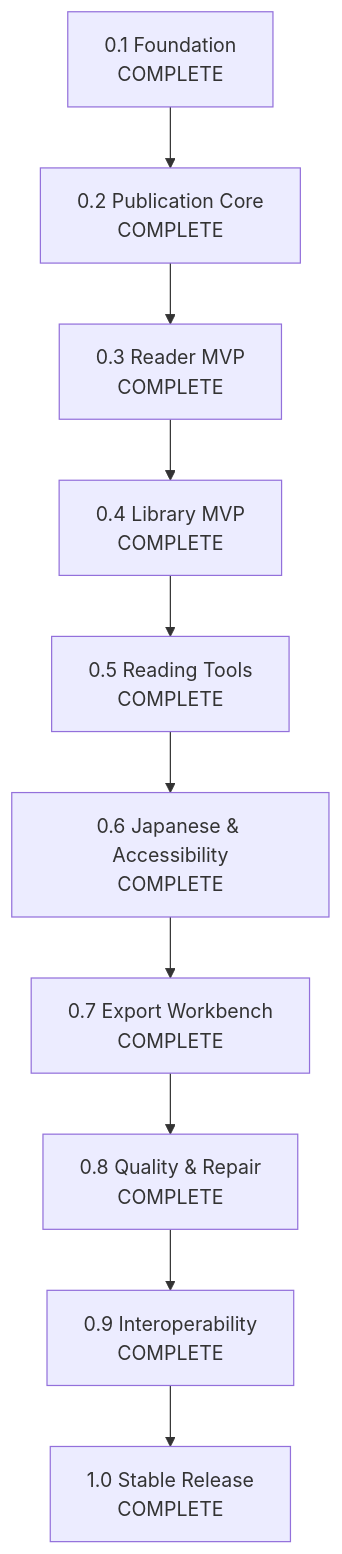
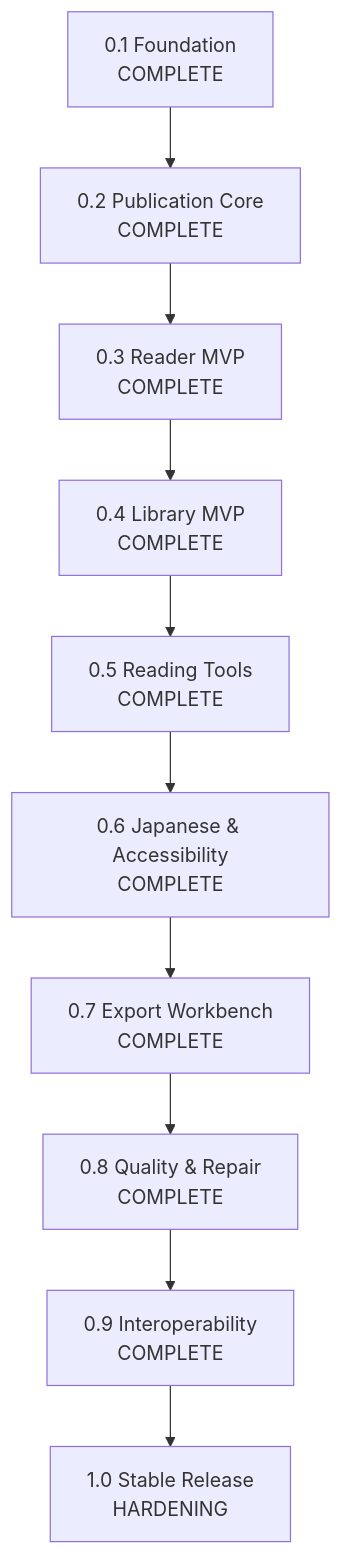
The diagram in docs/roadmap.md (bosatsu25/ReflowPress), drawn with Mermaid before and after one commit. The commit also changed other lines of this file and 1 other file, not shown here.

Commit message:
fix(roadmap): revert premature complete status in README and roadmap to hardening

````diff
--- a/docs/roadmap.md
+++ b/docs/roadmap.md
@@ -14,12 +14,12 @@
 ```mermaid
 flowchart TD
     M01[0.1 Foundation<br/>COMPLETE] --> M02[0.2 Publication Core<br/>COMPLETE]
     M02 --> M03[0.3 Reader MVP<br/>COMPLETE]
     M03 --> M04[0.4 Library MVP<br/>COMPLETE]
     M04 --> M05[0.5 Reading Tools<br/>COMPLETE]
     M05 --> M06[0.6 Japanese & Accessibility<br/>COMPLETE]
     M06 --> M07[0.7 Export Workbench<br/>COMPLETE]
     M07 --> M08[0.8 Quality & Repair<br/>COMPLETE]
     M08 --> M09[0.9 Interoperability<br/>COMPLETE]
-    M09 --> M10[1.0 Stable Release<br/>COMPLETE]
+    M09 --> M10[1.0 Stable Release<br/>HARDENING]
 ```
````
